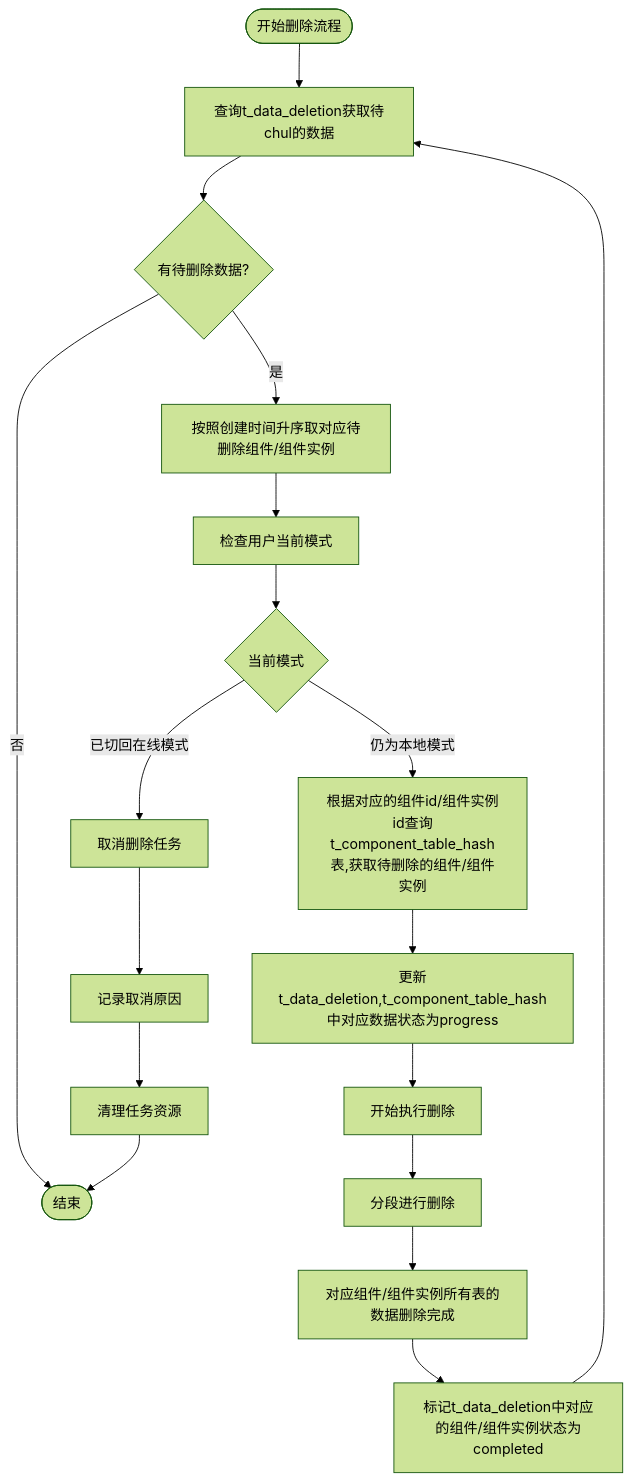
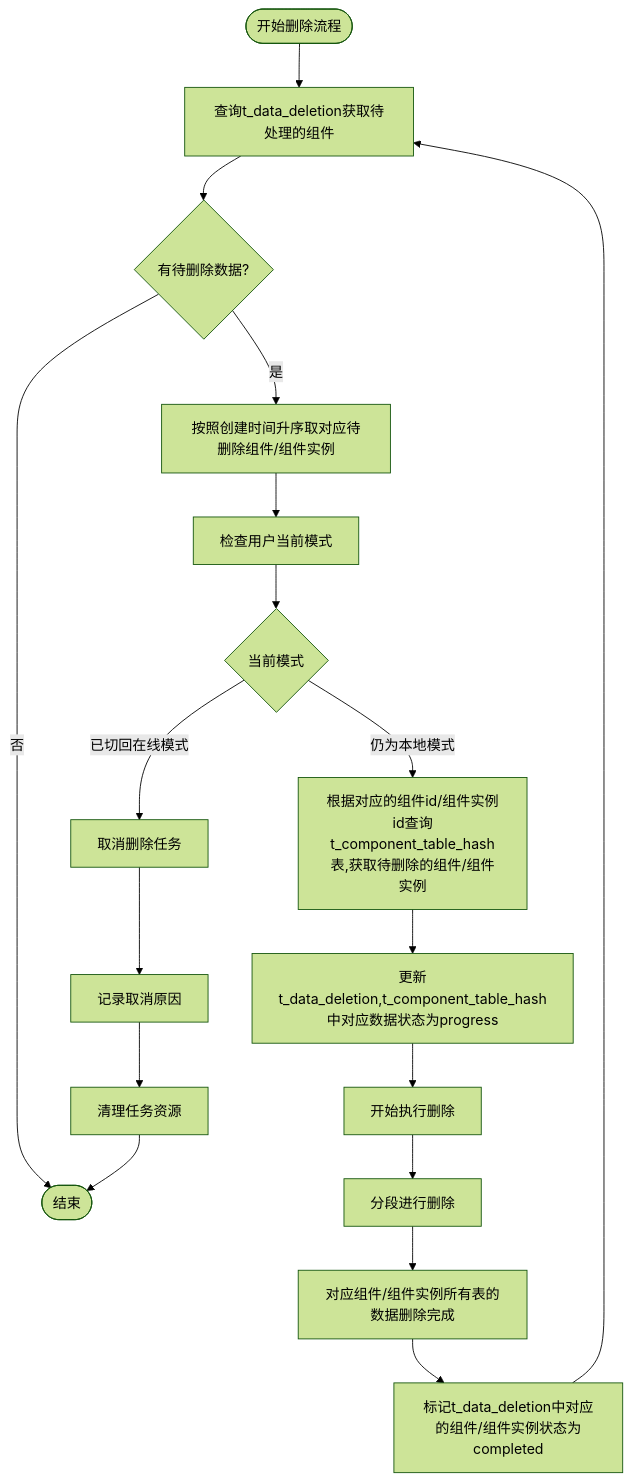
The diagram in all/未命名-51.md (yingjianzh/iodraw-files), drawn with Mermaid (forest theme) before and after one commit.

Commit message:
2025-05-08 15:45:33 update

````diff
--- a/all/未命名-51.md
+++ b/all/未命名-51.md
@@ -1,28 +1,28 @@
 ```mermaid
 flowchart TD
-    Start([开始删除流程]) --> FetchTasks[查询t_data_deletion获取待chul的数据]
+    Start([开始删除流程]) --> FetchTasks[查询t_data_deletion获取待处理的组件]
     FetchTasks --> HasTasks{有待删除数据?}
     
     HasTasks -->|否| End([结束])
     HasTasks -->|是| PrioritizeTasks[按照创建时间升序取对应待删除组件/组件实例]
     
     PrioritizeTasks --> CheckUserMode[检查用户当前模式]
     
     CheckUserMode --> CurrentMode{当前模式}
     CurrentMode -->|已切回在线模式| TaskCancel[取消删除任务]
     CurrentMode -->|仍为本地模式| LockTask[根据对应的组件id/组件实例id查询t_component_table_hash表,获取待删除的组件/组件实例]
     
     LockTask --> UpdateStatus[更新t_data_deletion,t_component_table_hash中对应数据状态为progress]
     UpdateStatus --> BeginDeletion[开始执行删除]
     
     BeginDeletion --> A[分段进行删除]
     
     A --> B[对应组件/组件实例所有表的数据删除完成]
     B --> MarkCompleted[标记t_data_deletion中对应的组件/组件实例状态为completed]
     
     TaskCancel --> LogCancellation[记录取消原因]
     LogCancellation --> CleanupTask[清理任务资源]
     
     MarkCompleted --> FetchTasks
     CleanupTask --> End
 ```
````
